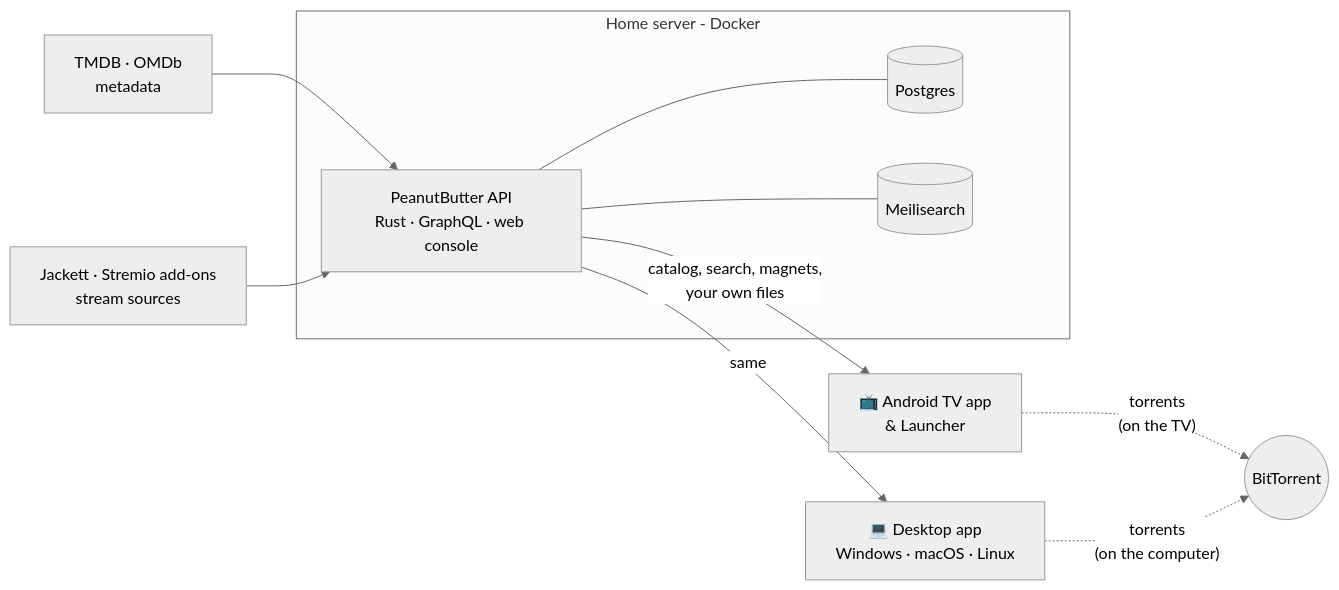
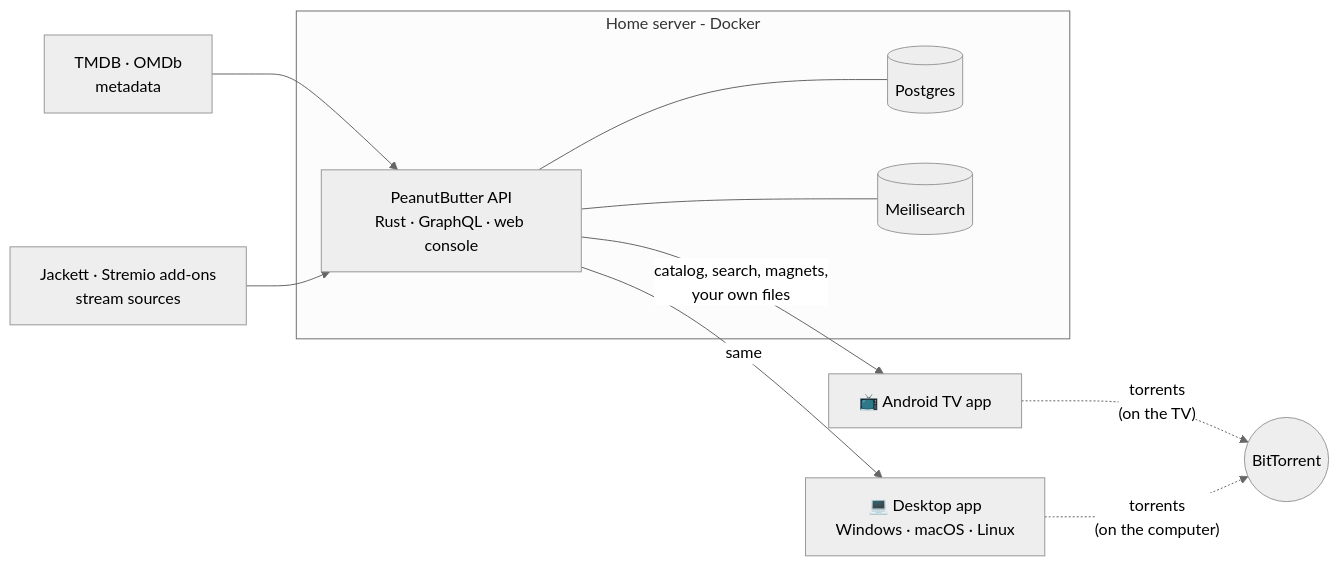
The diagram in README.md (PeanutButterOrg/PeanutButter), drawn with Mermaid (neutral theme) before and after one commit. The commit also changed other lines of this file and 79 other files, not shown here.

````diff
--- a/README.md
+++ b/README.md
@@ -195,16 +182,16 @@
 ```mermaid
 flowchart LR
     subgraph Home server - Docker
         API["PeanutButter API<br/>Rust · GraphQL · web console"]
         PG[(Postgres)]
         MS[(Meilisearch)]
         API --- PG
         API --- MS
     end
     TMDB["TMDB · OMDb<br/>metadata"] --> API
     SRC["Jackett · Stremio add-ons<br/>stream sources"] --> API
-    API -- "catalog, search, magnets,<br/>your own files" --> TV["📺 Android TV app<br/>& Launcher"]
+    API -- "catalog, search, magnets,<br/>your own files" --> TV["📺 Android TV app"]
     API -- same --> DESK["💻 Desktop app<br/>Windows · macOS · Linux"]
     TV -. "torrents<br/>(on the TV)" .-> SWARM((BitTorrent))
     DESK -. "torrents<br/>(on the computer)" .-> SWARM
 ```
````
